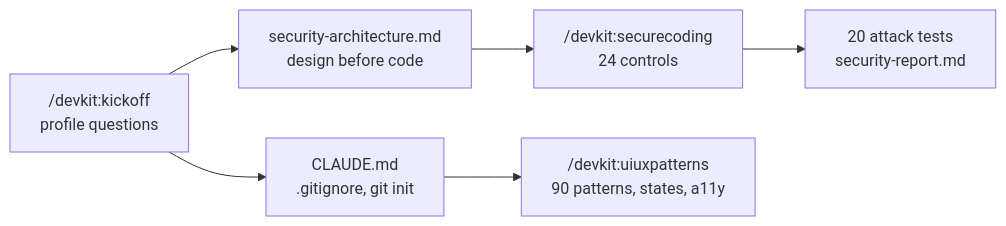
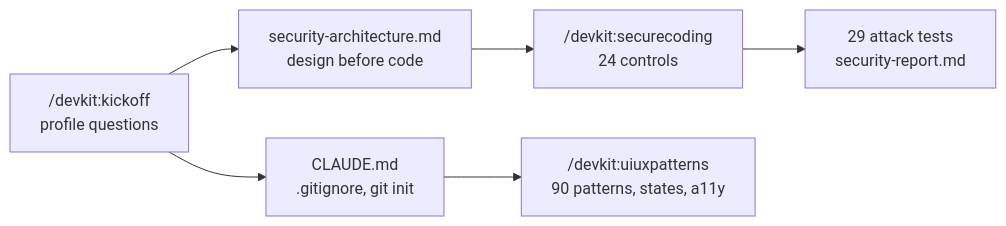
Before and after one commit to muramasaDev/devkit: the diagram in README.md, drawn with Mermaid. The commit also changed other lines of this file and 74 other files, not shown here.

````diff
--- a/README.md
+++ b/README.md
@@ -39,8 +39,8 @@
 ```mermaid
 flowchart LR
   A["/devkit:kickoff<br>profile questions"] --> B["CLAUDE.md<br>.gitignore, git init"]
   A --> C["security-architecture.md<br>design before code"]
   C --> D["/devkit:securecoding<br>24 controls"]
-  D --> E["20 attack tests<br>security-report.md"]
+  D --> E["29 attack tests<br>security-report.md"]
   B --> F["/devkit:uiuxpatterns<br>90 patterns, states, a11y"]
 ```
````
